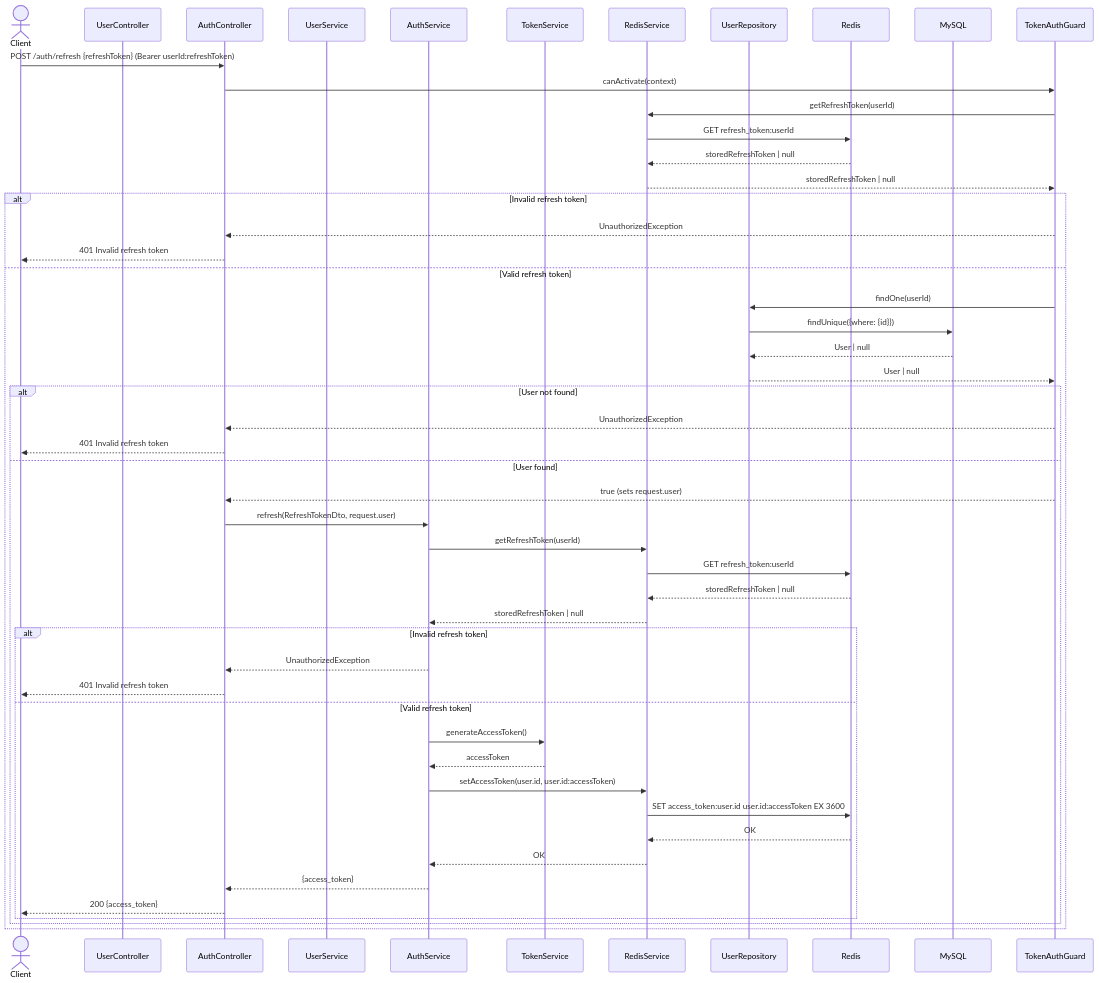
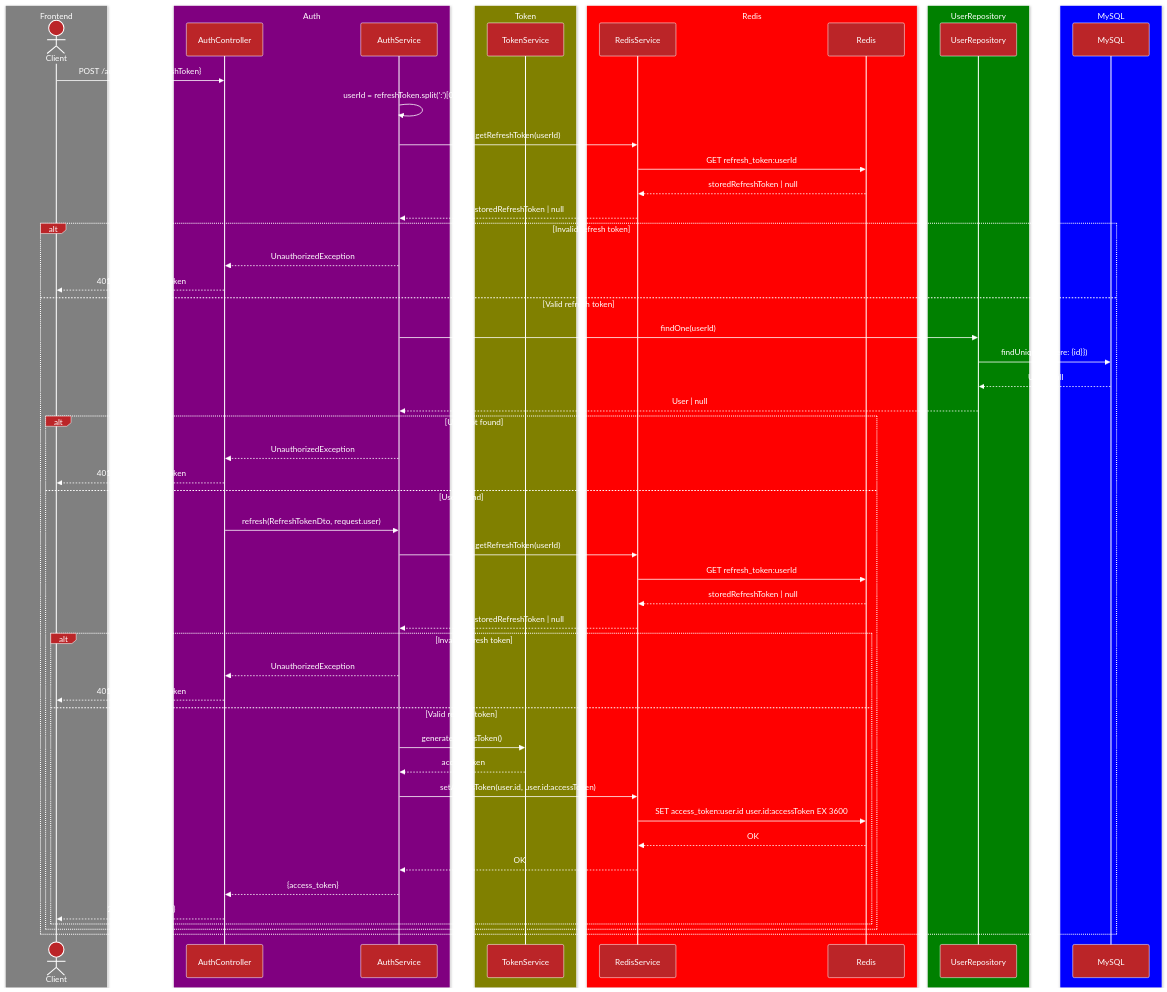
One commit to hamidehalaee/nestjs_ddd_skeleton changed the diagram in docs/auth/refresh-token.md. Above: the diagram before and after it, drawn with Mermaid. The commit also changed 2 other files, not shown here.

Commit message:
update: diagram

````diff
--- a/docs/auth/refresh-token.md
+++ b/docs/auth/refresh-token.md
@@ -1,55 +1,79 @@
 ```mermaid
+---
+config:
+  theme: 'base'
+  themeVariables:
+    primaryColor: '#BB2528'
+    primaryTextColor: '#fff'
+    primaryBorderColor: '#fff'
+    lineColor: '#F8B229'
+    secondaryColor: '#006100'
+    tertiaryColor: '#fff'
+---
 sequenceDiagram
+  box Gray Frontend
   actor Client
-  participant Controller as UserController
+  end
+
+  box Purple Auth
   participant AuthController
-  participant UserService
   participant AuthService
+  end
+
+  box Olive Token
   participant TokenService
+  end
+
+  box Red Redis
   participant RedisService
+  participant Redis
+  end
+
+  box Green UserRepository
   participant UserRepo as UserRepository
-  participant Redis
+  end
+
+  box Blue MySQL
   participant MySQL
-  participant Guard as TokenAuthGuard
+  end
 
 %% Refresh Flow with Validation
-  Client->>AuthController: POST /auth/refresh {refreshToken} (Bearer userId:refreshToken)
-  AuthController->>Guard: canActivate(context)
-  Guard->>RedisService: getRefreshToken(userId)
+  Client->>AuthController: POST /auth/refresh {refreshToken}
+  AuthService->> AuthService: userId = refreshToken.split(':')[0]
+  AuthService->>RedisService: getRefreshToken(userId)
   RedisService->>Redis: GET refresh_token:userId
   Redis-->>RedisService: storedRefreshToken | null
-  RedisService-->>Guard: storedRefreshToken | null
+  RedisService-->>AuthService: storedRefreshToken | null
   alt Invalid refresh token
-    Guard-->>AuthController: UnauthorizedException
+    AuthService-->>AuthController: UnauthorizedException
     AuthController-->>Client: 401 Invalid refresh token
   else Valid refresh token
-    Guard->>UserRepo: findOne(userId)
+    AuthService->>UserRepo: findOne(userId)
     UserRepo->>MySQL: findUnique({where: {id}})
     MySQL-->>UserRepo: User | null
-    UserRepo-->>Guard: User | null
+    UserRepo-->>AuthService: User | null
     alt User not found
-      Guard-->>AuthController: UnauthorizedException
+      AuthService-->>AuthController: UnauthorizedException
       AuthController-->>Client: 401 Invalid refresh token
     else User found
-      Guard-->>AuthController: true (sets request.user)
       AuthController->>AuthService: refresh(RefreshTokenDto, request.user)
       AuthService->>RedisService: getRefreshToken(userId)
       RedisService->>Redis: GET refresh_token:userId
       Redis-->>RedisService: storedRefreshToken | null
       RedisService-->>AuthService: storedRefreshToken | null
       alt Invalid refresh token
         AuthService-->>AuthController: UnauthorizedException
         AuthController-->>Client: 401 Invalid refresh token
       else Valid refresh token
         AuthService->>TokenService: generateAccessToken()
         TokenService-->>AuthService: accessToken
         AuthService->>RedisService: setAccessToken(user.id, user.id:accessToken)
         RedisService->>Redis: SET access_token:user.id user.id:accessToken EX 3600
         Redis-->>RedisService: OK
         RedisService-->>AuthService: OK
         AuthService-->>AuthController: {access_token}
         AuthController-->>Client: 200 {access_token}
       end
     end
   end
 ```
````
